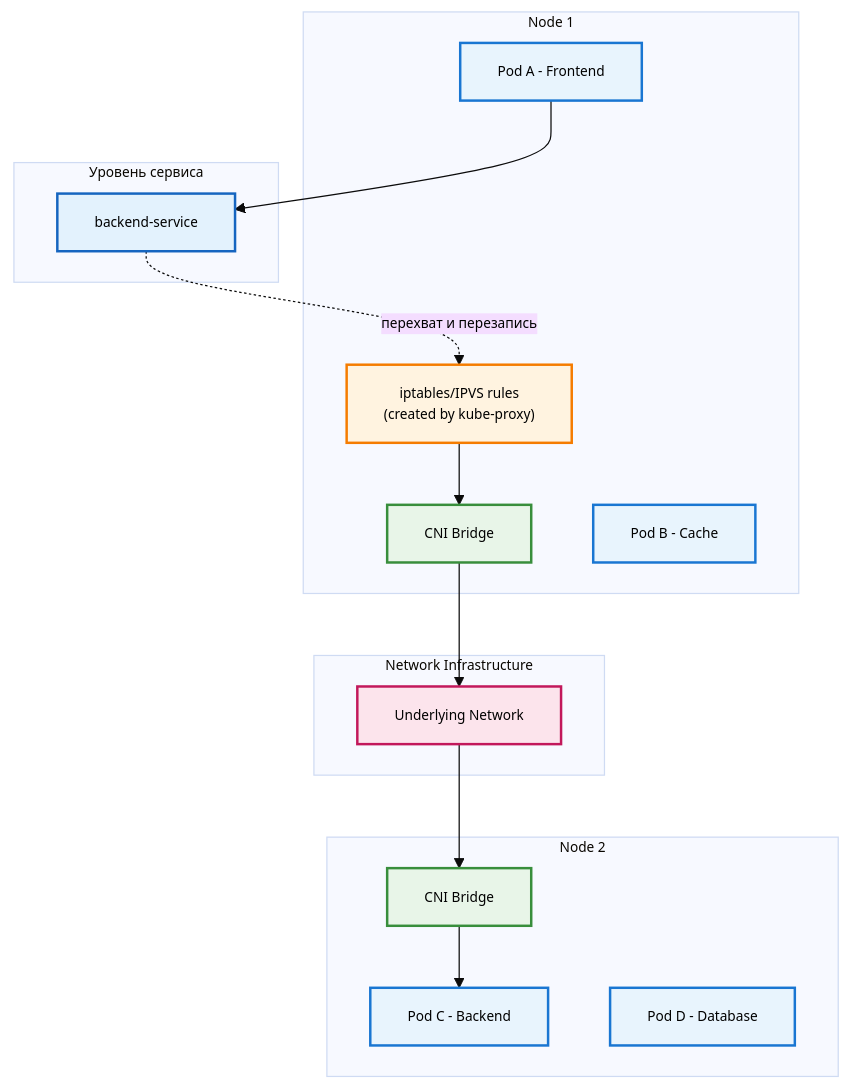
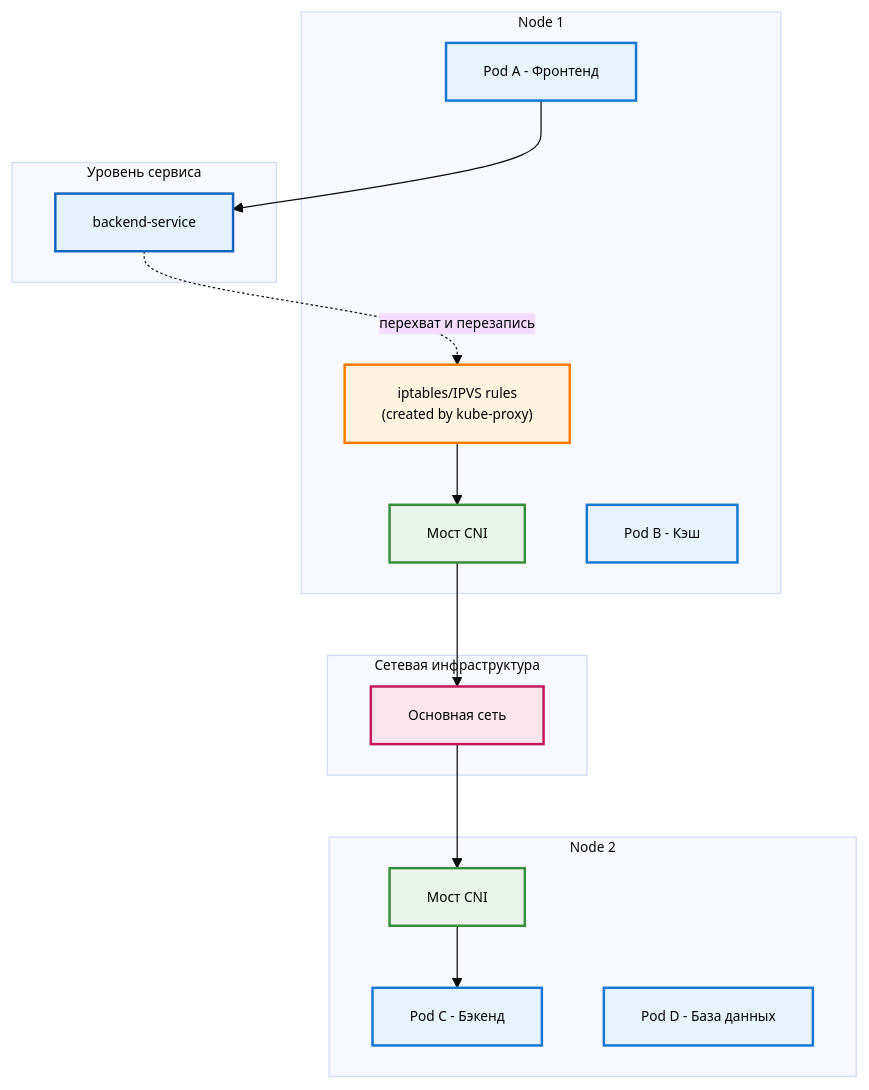
Before and after one commit to razkevich/system_design_course: the second of 5 diagrams in 4_distributed_systems/kubernetes_networking_ru.md, drawn with Mermaid. The commit also changed other lines of this file and 7 other files, not shown here.

````diff
--- a/4_distributed_systems/kubernetes_networking_ru.md
+++ b/4_distributed_systems/kubernetes_networking_ru.md
@@ -130,44 +130,44 @@
 ```mermaid
 %%{init: {'theme':'base', 'themeVariables': { 'primaryTextColor': '#000', 'fontSize': '11px'}}}%%
 flowchart TB
 subgraph N1 ["Node 1"]
-CNI1["CNI Bridge"]
+CNI1["Мост CNI"]
 IPT1["iptables/IPVS rules<br/>(created by kube-proxy)"]
-PA["Pod A - Frontend"]
-PB["Pod B - Cache"]
+PA["Pod A - Фронтенд"]
+PB["Pod B - Кэш"]
 end
 
 subgraph N2 ["Node 2"]
-CNI2["CNI Bridge"]
-PC["Pod C - Backend"]
-PD["Pod D - Database"]
+CNI2["Мост CNI"]
+PC["Pod C - Бэкенд"]
+PD["Pod D - База данных"]
 end
 
-subgraph NET ["Network Infrastructure"]
-INFRA["Underlying Network"]
+subgraph NET ["Сетевая инфраструктура"]
+INFRA["Основная сеть"]
 end
 
 subgraph SVC ["Уровень сервиса"]
 S1["backend-service"]
 end
 
 %% Коммуникация на основе сервисов
 PA --> S1
 S1 -.-> |"перехват и перезапись"| IPT1
 IPT1 --> CNI1
 
 %% После перезаписи IP это прямой трафик Pod
 CNI1 --> INFRA
 INFRA --> CNI2
 CNI2 --> PC
 
 style CNI1 fill:#e8f5e8,stroke:#388e3c,stroke-width:2px,color:#000
 style CNI2 fill:#e8f5e8,stroke:#388e3c,stroke-width:2px,color:#000
 style PA fill:#e8f4fd,stroke:#1976d2,stroke-width:2px,color:#000
 style PB fill:#e8f4fd,stroke:#1976d2,stroke-width:2px,color:#000
 style PC fill:#e8f4fd,stroke:#1976d2,stroke-width:2px,color:#000
 style PD fill:#e8f4fd,stroke:#1976d2,stroke-width:2px,color:#000
 style INFRA fill:#fce4ec,stroke:#c2185b,stroke-width:2px,color:#000
 style IPT1 fill:#fff3e0,stroke:#f57c00,stroke-width:2px,color:#000
 style S1 fill:#e3f2fd,stroke:#1565c0,stroke-width:2px,color:#000
 ```
````
